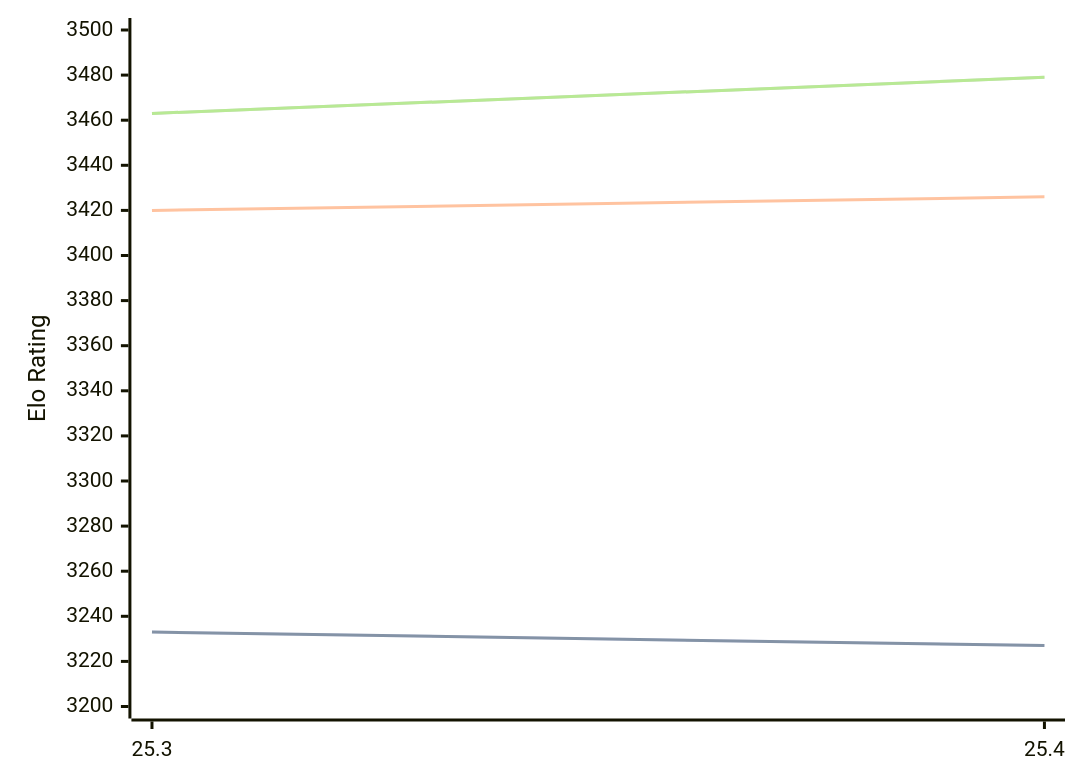
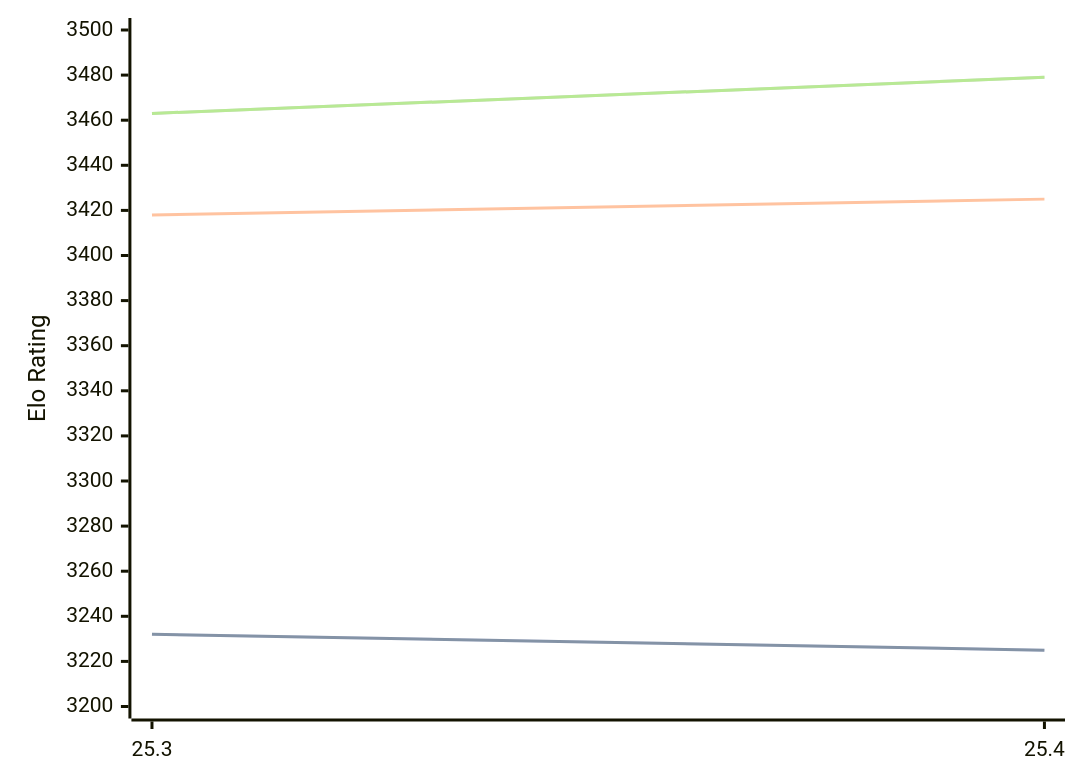
One commit to computer-chess-index/cci changed the first of 3 diagrams in engines/Arasan.md. Above: the diagram before and after it, drawn with Mermaid. The commit also changed other lines of this file, not shown here.

````diff
--- a/engines/Arasan.md
+++ b/engines/Arasan.md
@@ -33,11 +33,11 @@
 ```mermaid
 %%{init: {"theme":"base","themeVariables":{"seriesColors:['#a3a3a3','#222221','#faa371']}}}%%
 xychart-beta
   x-axis ["25.3", "25.4"]
   y-axis "Elo Rating" 3200 --> 3500
-  line "STC (8.0+0.08s)" [3233, 3227]
-  line "STC (8.0+0.08s)" [3233, 3227]
-  line "LTC (60.0+0.60s)" [3420, 3426]
+  line "STC (8.0+0.08s)" [3232, 3225]
+  line "STC (8.0+0.08s)" [3232, 3225]
+  line "LTC (60.0+0.60s)" [3418, 3425]
   line "VLTC (2m24s+1.12s)" [3463, 3479]
   line "VLTC (2m24s+1.12s)" [3463, 3479]
 ```
````
